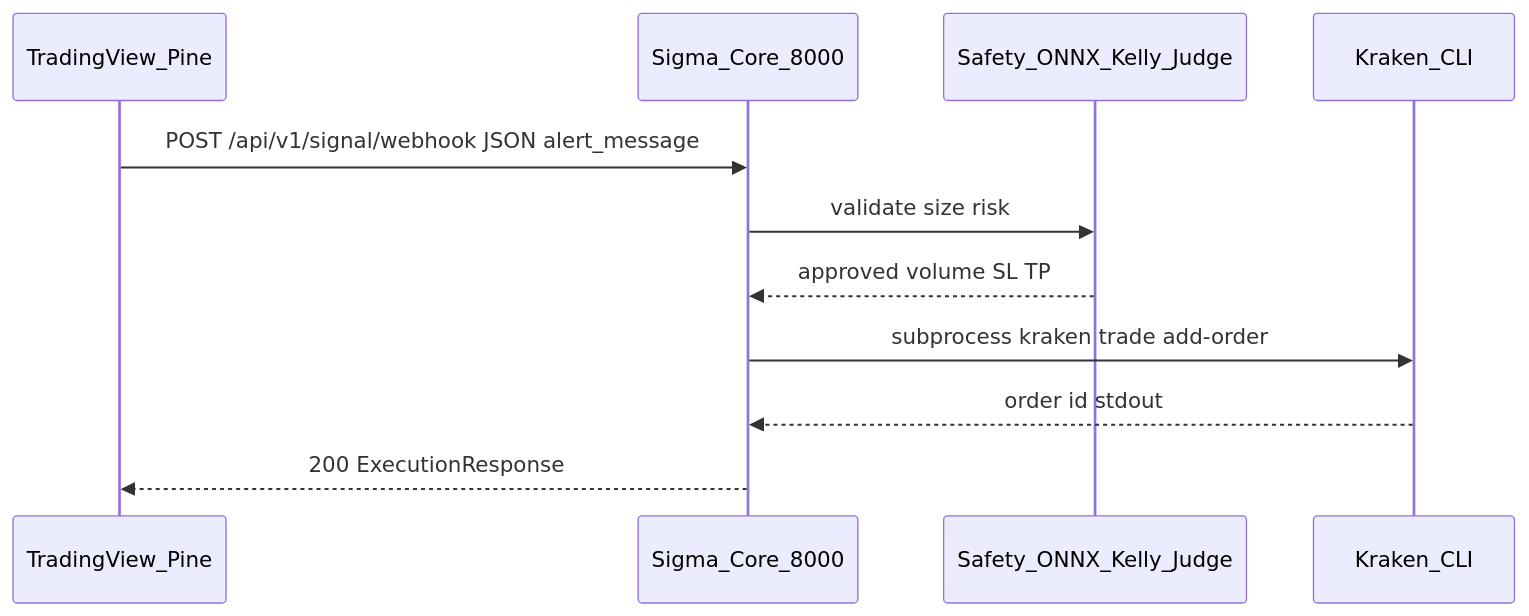
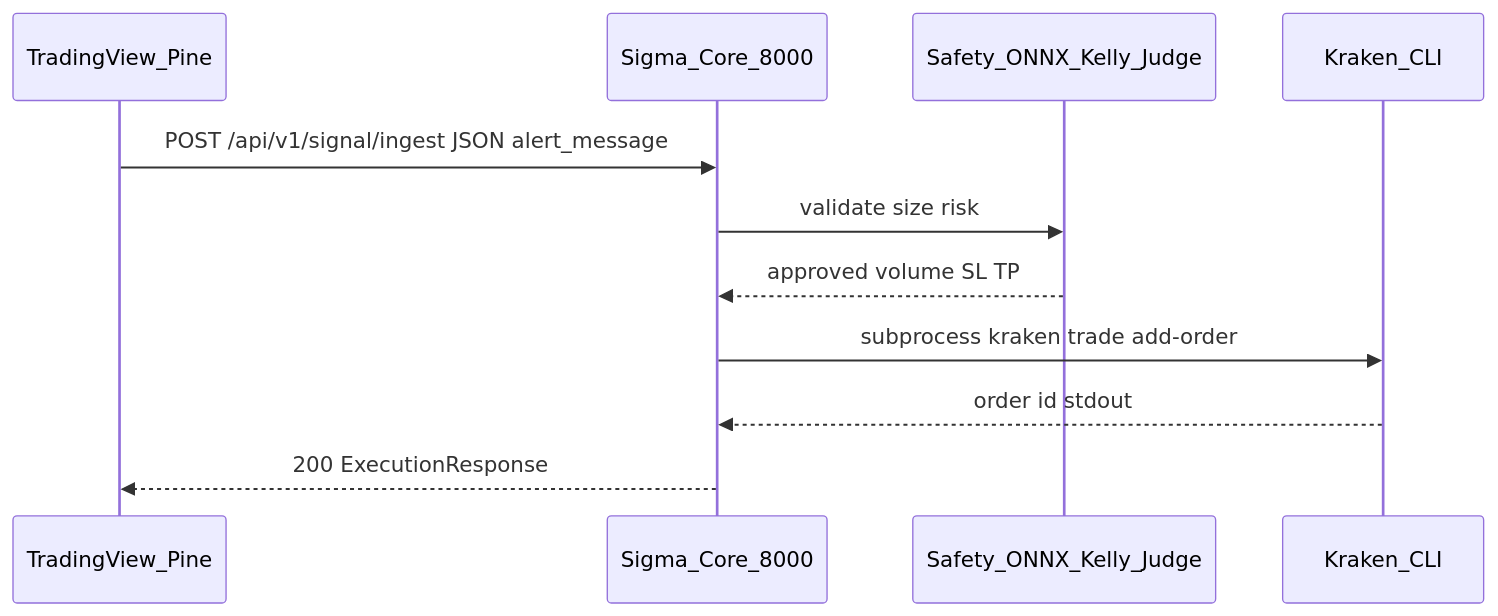
One commit to Finnlayy/Sigma changed the second of 6 diagrams in docs/BLUEPRINT-SIGMA.md. Above: the diagram before and after it, drawn with Mermaid. The commit also changed other lines of this file and 15 other files, not shown here.

First line of the commit message:
Fix Schema A alert contract and reopen live ingest.

````diff
--- a/docs/BLUEPRINT-SIGMA.md
+++ b/docs/BLUEPRINT-SIGMA.md
@@ -217,14 +217,14 @@
 ```mermaid
 sequenceDiagram
   participant TV as TradingView_Pine
   participant Core as Sigma_Core_8000
   participant Safety as Safety_ONNX_Kelly_Judge
   participant K as Kraken_CLI
 
-  TV->>Core: POST /api/v1/signal/webhook JSON alert_message
+  TV->>Core: POST /api/v1/signal/ingest JSON alert_message
   Core->>Safety: validate size risk
   Safety-->>Core: approved volume SL TP
   Core->>K: subprocess kraken trade add-order
   K-->>Core: order id stdout
   Core-->>TV: 200 ExecutionResponse
 ```
````
